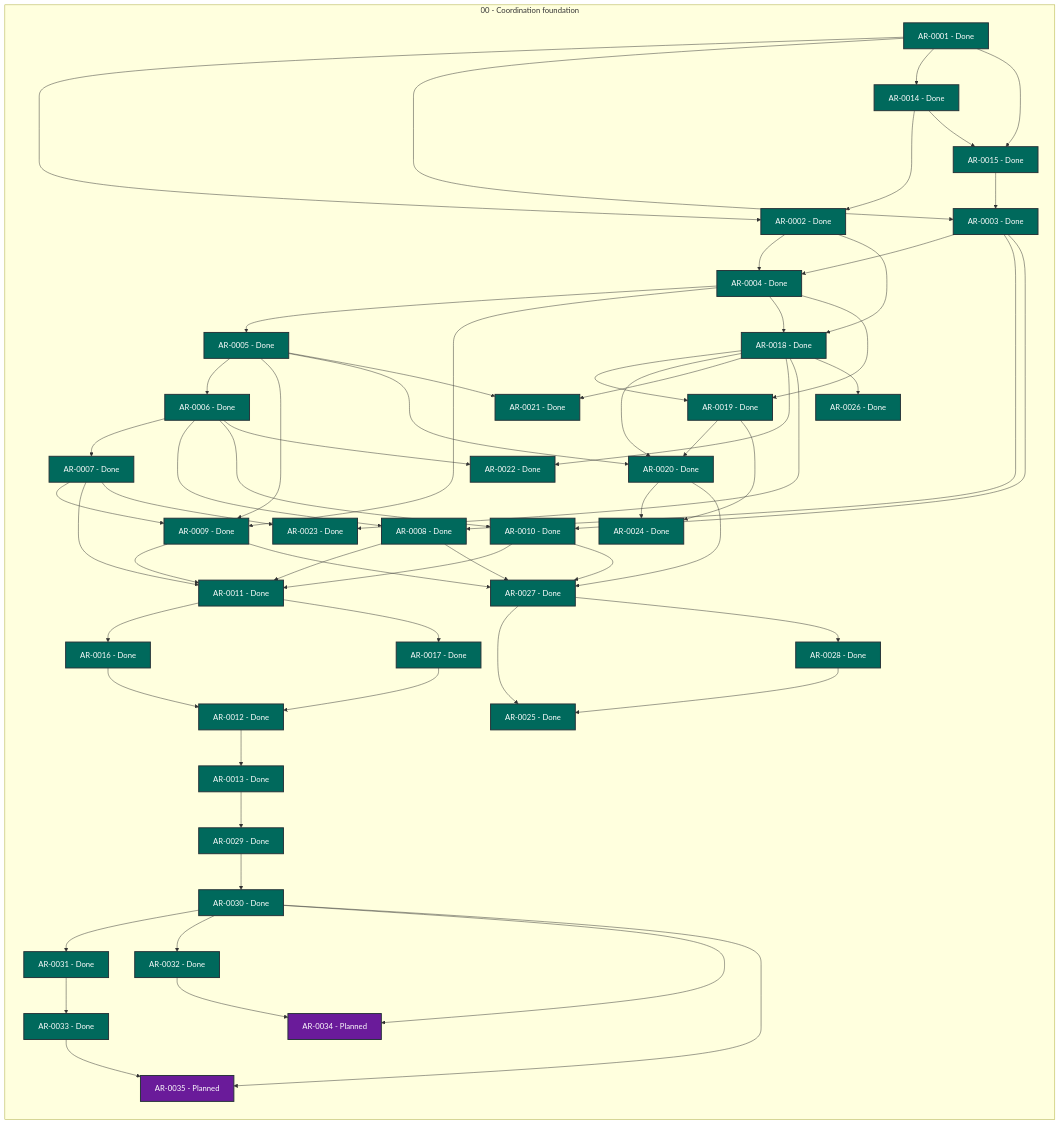
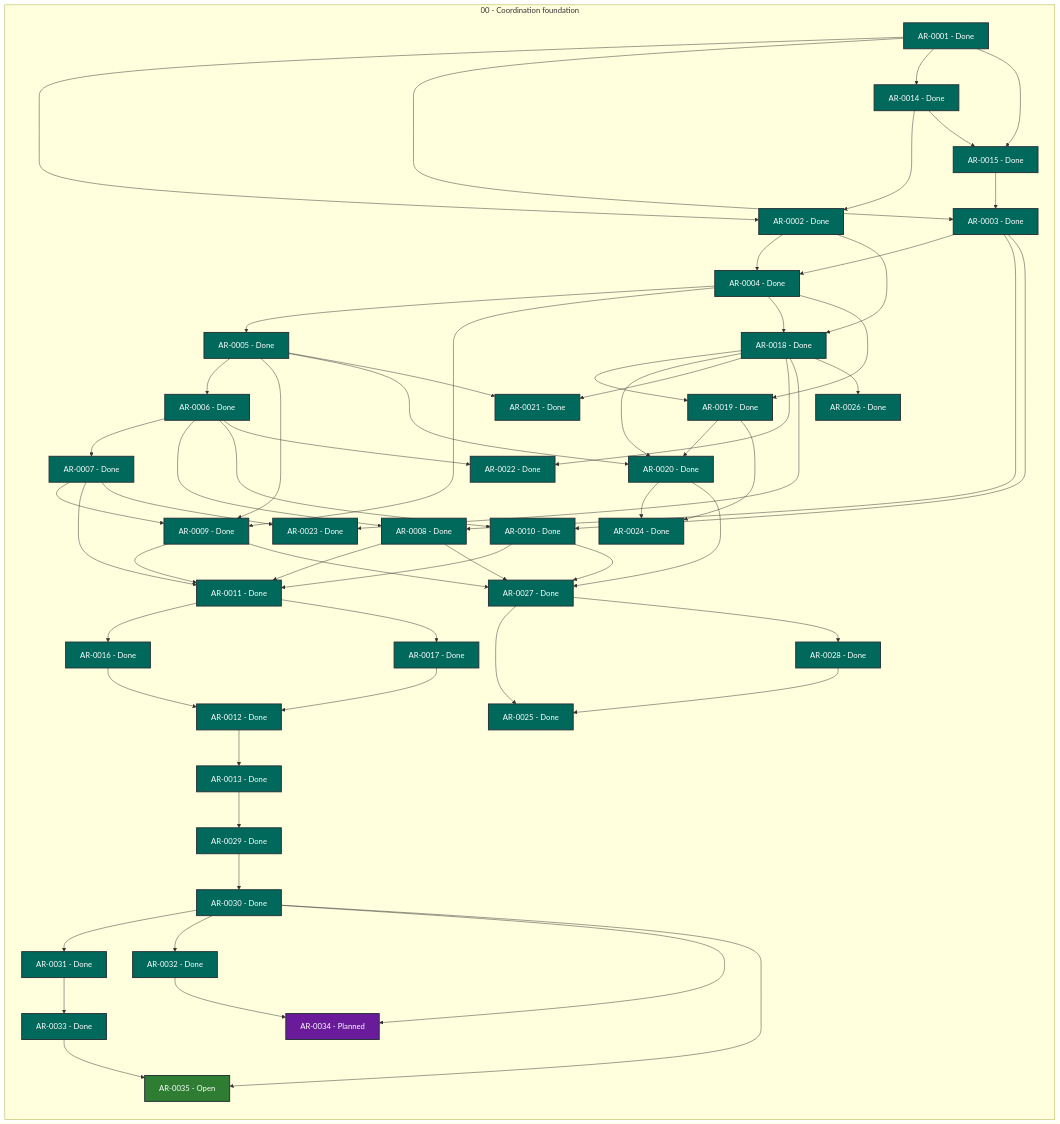
Before and after one commit to martin-beck/agent-workflow-tui-state: the diagram in STATUS.md, drawn with Mermaid. The commit also changed other lines of this file and 2 other files, not shown here.

```diff
--- a/STATUS.md
+++ b/STATUS.md
@@ -62,7 +62,7 @@
         AR_0032["AR-0032 - Done"]:::status_done
         AR_0033["AR-0033 - Done"]:::status_done
         AR_0034["AR-0034 - Planned"]:::status_planned
-        AR_0035["AR-0035 - Planned"]:::status_planned
+        AR_0035["AR-0035 - Open"]:::status_open
     end
     AR_0001 --> AR_0002
     AR_0001 --> AR_0003
```
